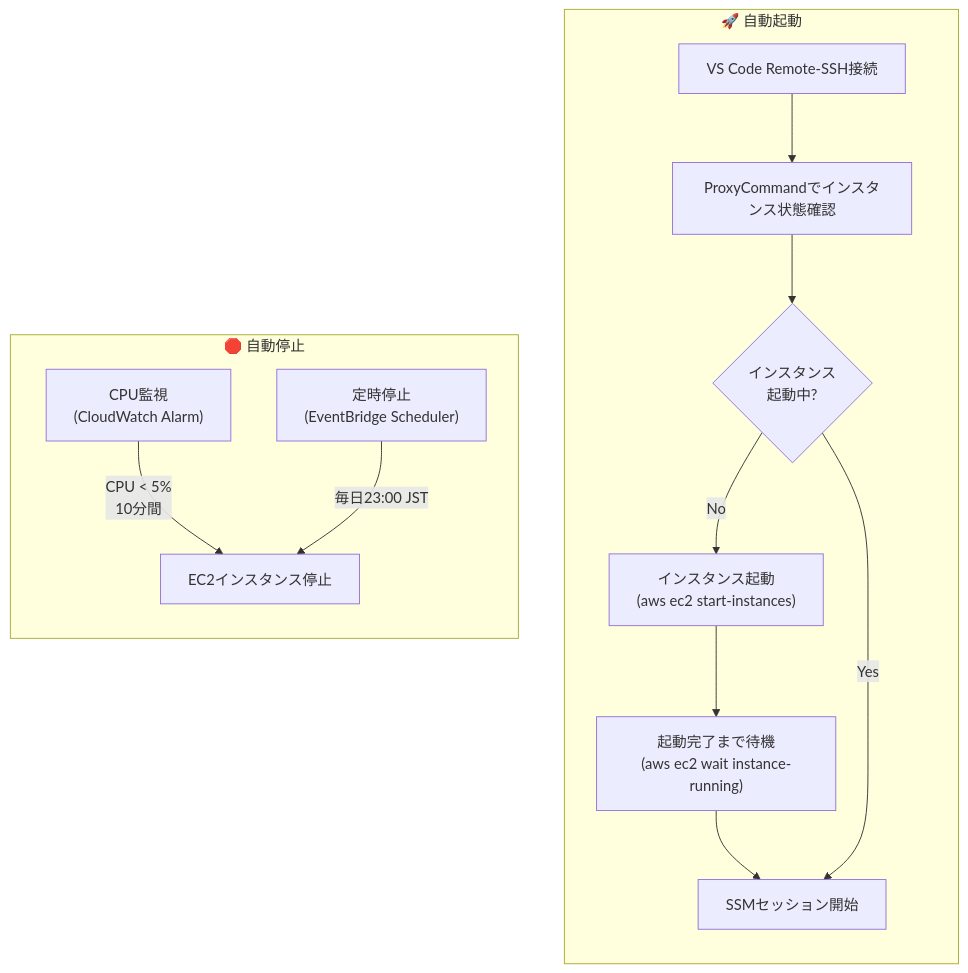
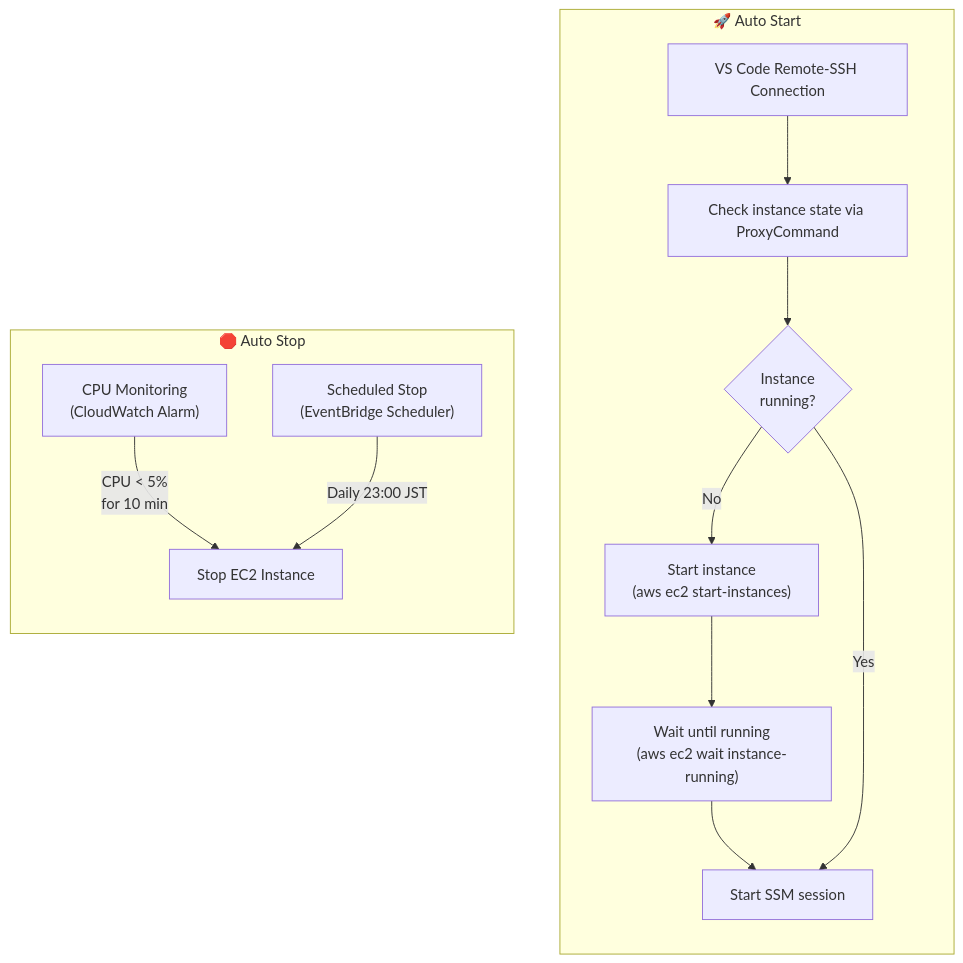
Before and after one commit to sukekyo26/ec2-workstation: the fourth of 4 diagrams in README.md, drawn with Mermaid. The commit also changed other lines of this file and 1 other file, not shown here.

````diff
--- a/README.md
+++ b/README.md
@@ -151,26 +153,26 @@
 ```mermaid
 flowchart TB
-    subgraph AutoStart["🚀 自動起動"]
+    subgraph AutoStart["🚀 Auto Start"]
         direction TB
-        A1["VS Code Remote-SSH接続"]
-        A2["ProxyCommandでインスタンス状態確認"]
-        A3{"インスタンス<br/>起動中?"}
-        A4["インスタンス起動<br/>(aws ec2 start-instances)"]
-        A5["起動完了まで待機<br/>(aws ec2 wait instance-running)"]
-        A6["SSMセッション開始"]
+        A1["VS Code Remote-SSH Connection"]
+        A2["Check instance state via ProxyCommand"]
+        A3{"Instance<br/>running?"}
+        A4["Start instance<br/>(aws ec2 start-instances)"]
+        A5["Wait until running<br/>(aws ec2 wait instance-running)"]
+        A6["Start SSM session"]
 
         A1 --> A2 --> A3
         A3 -->|"No"| A4 --> A5 --> A6
         A3 -->|"Yes"| A6
     end
 
-    subgraph AutoStop["🛑 自動停止"]
+    subgraph AutoStop["🛑 Auto Stop"]
         direction TB
-        B1["CPU監視<br/>(CloudWatch Alarm)"]
-        B2["定時停止<br/>(EventBridge Scheduler)"]
-        B3["EC2インスタンス停止"]
+        B1["CPU Monitoring<br/>(CloudWatch Alarm)"]
+        B2["Scheduled Stop<br/>(EventBridge Scheduler)"]
+        B3["Stop EC2 Instance"]
 
-        B1 -->|"CPU < 5%<br/>10分間"| B3
-        B2 -->|"毎日23:00 JST"| B3
+        B1 -->|"CPU < 5%<br/>for 10 min"| B3
+        B2 -->|"Daily 23:00 JST"| B3
     end
 ```
````
